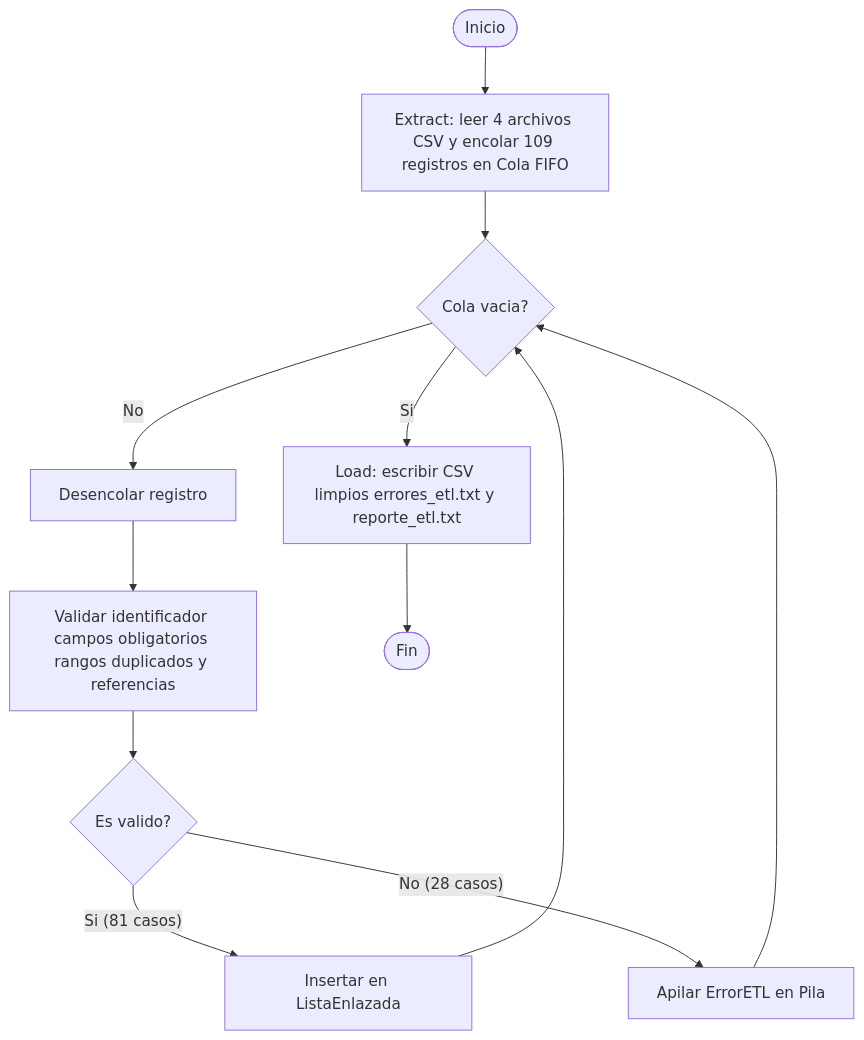
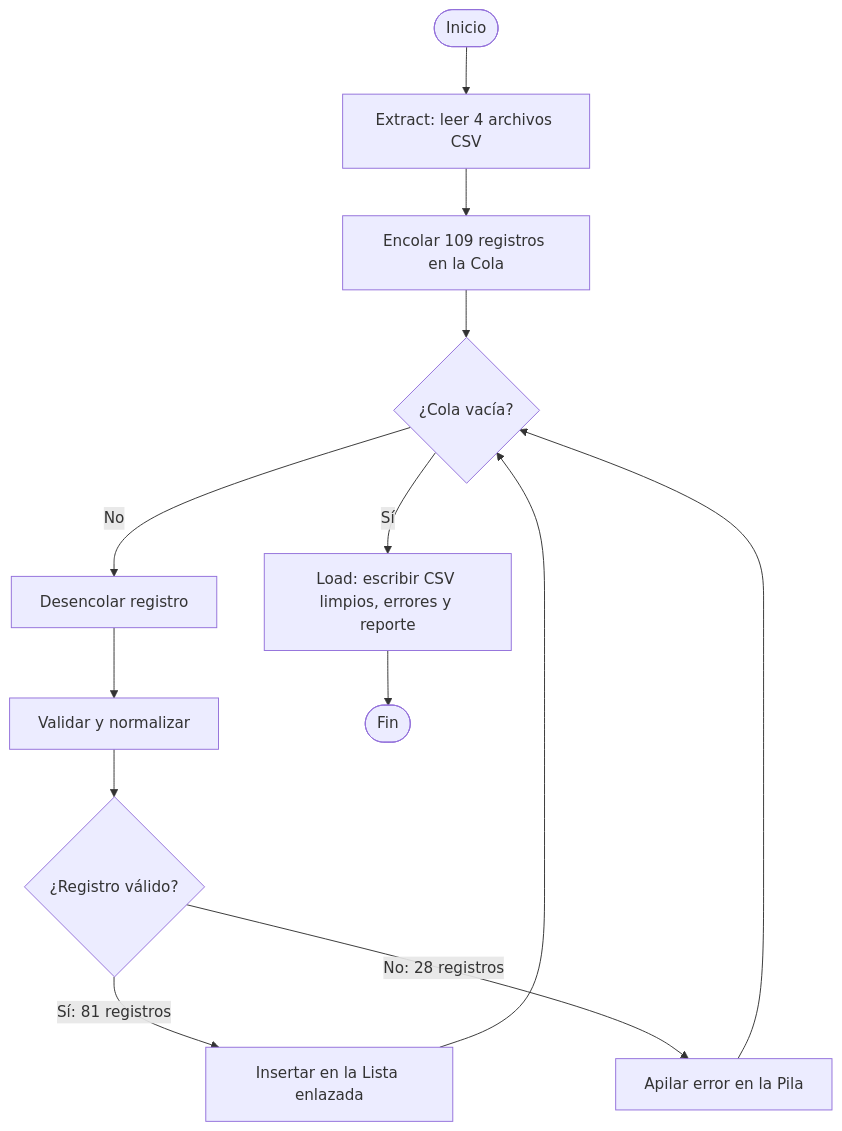
Before and after one commit to Leo23new/ProyectoGrupo3: the diagram in output/diagramas/01_flujograma_etl.md, drawn with Mermaid. The commit also changed other lines of this file and 32 other files, not shown here.

````diff
--- a/output/diagramas/01_flujograma_etl.md
+++ b/output/diagramas/01_flujograma_etl.md
@@ -5,14 +5,15 @@
 ```mermaid
 flowchart TD
-    A(["Inicio"]) --> B["Extract: leer 4 archivos CSV y encolar 109 registros en Cola FIFO"]
-    B --> C{"Cola vacia?"}
-    C -->|"No"| D["Desencolar registro"]
-    D --> E["Validar identificador campos obligatorios rangos duplicados y referencias"]
-    E --> F{"Es valido?"}
-    F -->|"Si (81 casos)"| G["Insertar en ListaEnlazada"]
-    F -->|"No (28 casos)"| H["Apilar ErrorETL en Pila"]
-    G --> C
-    H --> C
-    C -->|"Si"| I["Load: escribir CSV limpios errores_etl.txt y reporte_etl.txt"]
-    I --> J(["Fin"])
+    A(["Inicio"]) --> B["Extract: leer 4 archivos CSV"]
+    B --> C["Encolar 109 registros en la Cola"]
+    C --> D{"¿Cola vacía?"}
+    D -->|"No"| E["Desencolar registro"]
+    E --> F["Validar y normalizar"]
+    F --> G{"¿Registro válido?"}
+    G -->|"Sí: 81 registros"| H["Insertar en la Lista enlazada"]
+    G -->|"No: 28 registros"| I["Apilar error en la Pila"]
+    H --> D
+    I --> D
+    D -->|"Sí"| J["Load: escribir CSV limpios, errores y reporte"]
+    J --> K(["Fin"])
 ```
````
